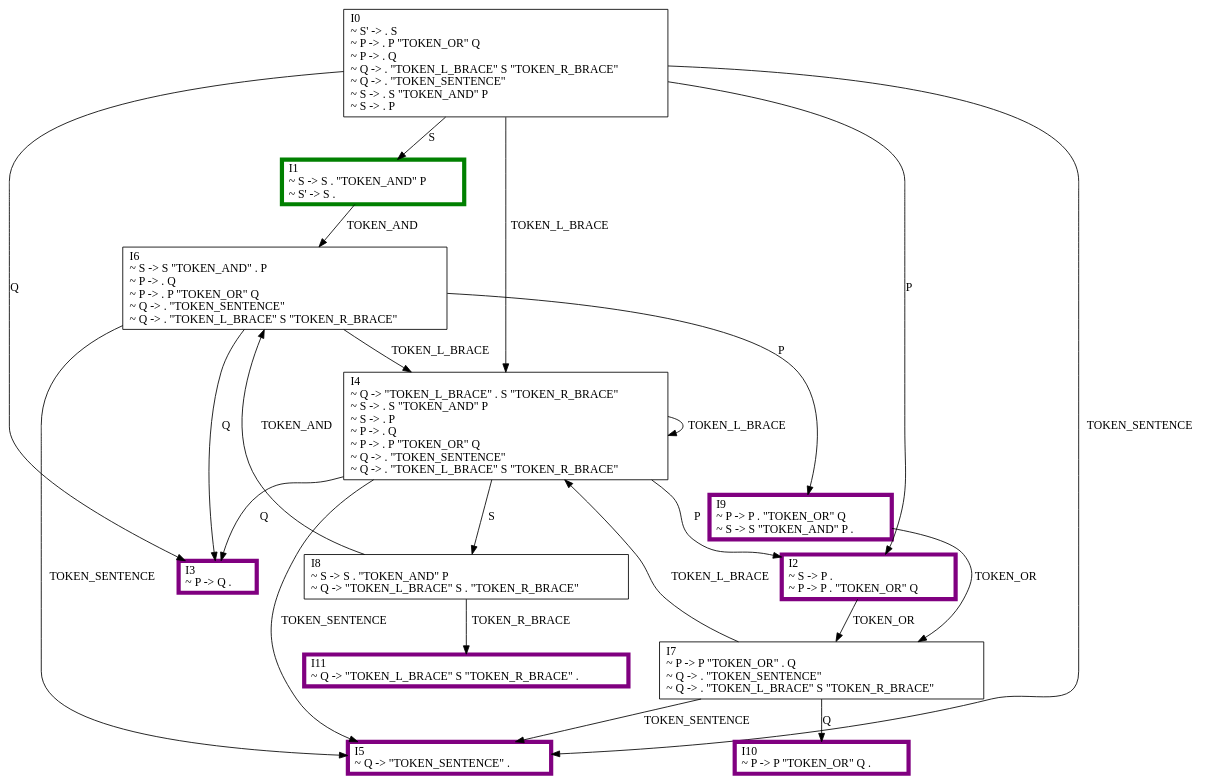
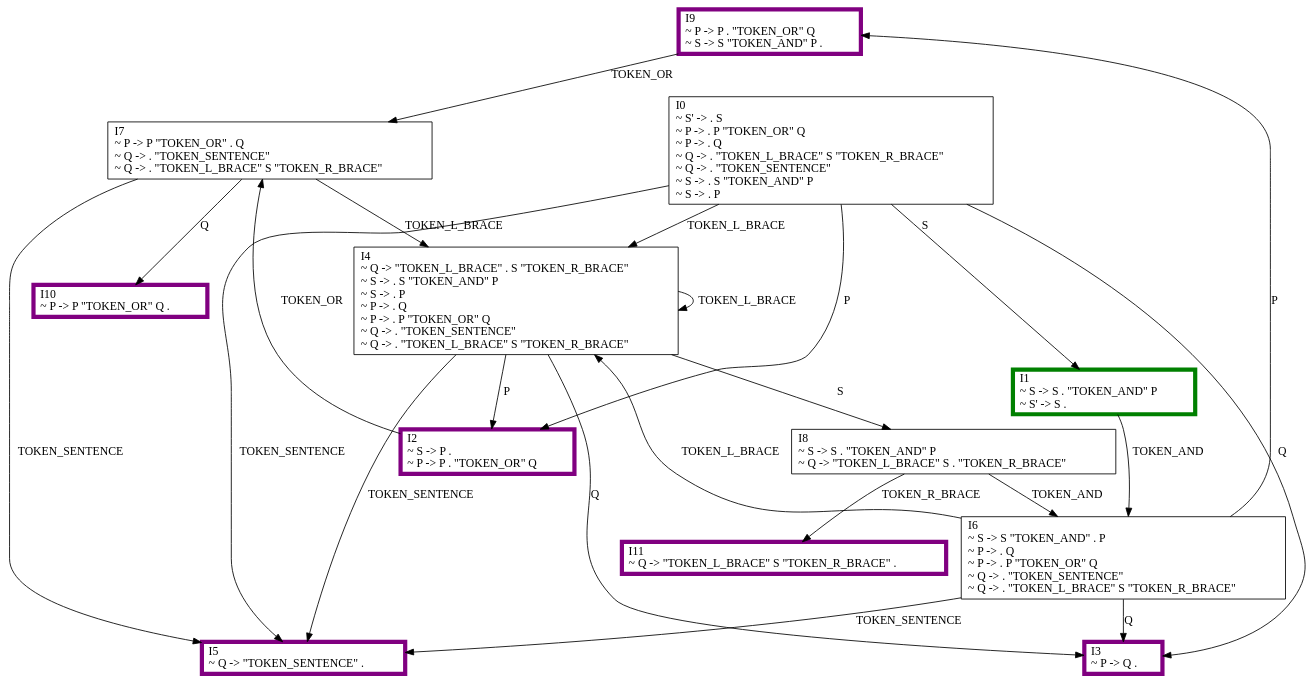
Before and after one commit to MarchMol/syntax_analyzer: the diagram in graph/slr.dot, drawn with Graphviz. The commit also changed 4 other files, not shown here.

```diff
--- a/graph/slr.dot
+++ b/graph/slr.dot
@@ -1,36 +1,36 @@
 digraph {
-    0 [ label = "I6\l~ S -> S \"TOKEN_AND\" . P \l~ P -> . Q \l~ P -> . P \"TOKEN_OR\" Q \l~ Q -> . \"TOKEN_SENTENCE\" \l~ Q -> . \"TOKEN_L_BRACE\" S \"TOKEN_R_BRACE\" \l" shape=box]
+    0 [ label = "I9\l~ P -> P . \"TOKEN_OR\" Q \l~ S -> S \"TOKEN_AND\" P . \l" shape=box, color=purple, penwidth=5]
     1 [ label = "I8\l~ S -> S . \"TOKEN_AND\" P \l~ Q -> \"TOKEN_L_BRACE\" S . \"TOKEN_R_BRACE\" \l" shape=box]
-    2 [ label = "I0\l~ S' -> . S \l~ P -> . P \"TOKEN_OR\" Q \l~ P -> . Q \l~ Q -> . \"TOKEN_L_BRACE\" S \"TOKEN_R_BRACE\" \l~ Q -> . \"TOKEN_SENTENCE\" \l~ S -> . S \"TOKEN_AND\" P \l~ S -> . P \l" shape=box]
-    3 [ label = "I4\l~ Q -> \"TOKEN_L_BRACE\" . S \"TOKEN_R_BRACE\" \l~ S -> . S \"TOKEN_AND\" P \l~ S -> . P \l~ P -> . Q \l~ P -> . P \"TOKEN_OR\" Q \l~ Q -> . \"TOKEN_SENTENCE\" \l~ Q -> . \"TOKEN_L_BRACE\" S \"TOKEN_R_BRACE\" \l" shape=box]
+    2 [ label = "I7\l~ P -> P \"TOKEN_OR\" . Q \l~ Q -> . \"TOKEN_SENTENCE\" \l~ Q -> . \"TOKEN_L_BRACE\" S \"TOKEN_R_BRACE\" \l" shape=box]
+    3 [ label = "I6\l~ S -> S \"TOKEN_AND\" . P \l~ P -> . Q \l~ P -> . P \"TOKEN_OR\" Q \l~ Q -> . \"TOKEN_SENTENCE\" \l~ Q -> . \"TOKEN_L_BRACE\" S \"TOKEN_R_BRACE\" \l" shape=box]
     4 [ label = "I2\l~ S -> P . \l~ P -> P . \"TOKEN_OR\" Q \l" shape=box, color=purple, penwidth=5]
-    5 [ label = "I9\l~ P -> P . \"TOKEN_OR\" Q \l~ S -> S \"TOKEN_AND\" P . \l" shape=box, color=purple, penwidth=5]
-    6 [ label = "I7\l~ P -> P \"TOKEN_OR\" . Q \l~ Q -> . \"TOKEN_SENTENCE\" \l~ Q -> . \"TOKEN_L_BRACE\" S \"TOKEN_R_BRACE\" \l" shape=box]
-    7 [ label = "I1\l~ S -> S . \"TOKEN_AND\" P \l~ S' -> S . \l" shape=box, color=green, penwidth=5]
-    8 [ label = "I3\l~ P -> Q . \l" shape=box, color=purple, penwidth=5]
-    9 [ label = "I5\l~ Q -> \"TOKEN_SENTENCE\" . \l" shape=box, color=purple, penwidth=5]
-    10 [ label = "I11\l~ Q -> \"TOKEN_L_BRACE\" S \"TOKEN_R_BRACE\" . \l" shape=box, color=purple, penwidth=5]
-    11 [ label = "I10\l~ P -> P \"TOKEN_OR\" Q . \l" shape=box, color=purple, penwidth=5]
-    0 -> 3 [ label = "TOKEN_L_BRACE" ]
-    0 -> 8 [ label = "Q" ]
-    0 -> 5 [ label = "P" ]
-    0 -> 9 [ label = "TOKEN_SENTENCE" ]
-    1 -> 10 [ label = "TOKEN_R_BRACE" ]
-    1 -> 0 [ label = "TOKEN_AND" ]
-    2 -> 3 [ label = "TOKEN_L_BRACE" ]
-    2 -> 4 [ label = "P" ]
-    2 -> 8 [ label = "Q" ]
-    2 -> 9 [ label = "TOKEN_SENTENCE" ]
-    2 -> 7 [ label = "S" ]
-    3 -> 1 [ label = "S" ]
-    3 -> 8 [ label = "Q" ]
-    3 -> 4 [ label = "P" ]
-    3 -> 9 [ label = "TOKEN_SENTENCE" ]
-    3 -> 3 [ label = "TOKEN_L_BRACE" ]
-    4 -> 6 [ label = "TOKEN_OR" ]
-    5 -> 6 [ label = "TOKEN_OR" ]
-    6 -> 3 [ label = "TOKEN_L_BRACE" ]
-    6 -> 11 [ label = "Q" ]
-    6 -> 9 [ label = "TOKEN_SENTENCE" ]
-    7 -> 0 [ label = "TOKEN_AND" ]
+    5 [ label = "I4\l~ Q -> \"TOKEN_L_BRACE\" . S \"TOKEN_R_BRACE\" \l~ S -> . S \"TOKEN_AND\" P \l~ S -> . P \l~ P -> . Q \l~ P -> . P \"TOKEN_OR\" Q \l~ Q -> . \"TOKEN_SENTENCE\" \l~ Q -> . \"TOKEN_L_BRACE\" S \"TOKEN_R_BRACE\" \l" shape=box]
+    6 [ label = "I1\l~ S -> S . \"TOKEN_AND\" P \l~ S' -> S . \l" shape=box, color=green, penwidth=5]
+    7 [ label = "I0\l~ S' -> . S \l~ P -> . P \"TOKEN_OR\" Q \l~ P -> . Q \l~ Q -> . \"TOKEN_L_BRACE\" S \"TOKEN_R_BRACE\" \l~ Q -> . \"TOKEN_SENTENCE\" \l~ S -> . S \"TOKEN_AND\" P \l~ S -> . P \l" shape=box]
+    8 [ label = "I11\l~ Q -> \"TOKEN_L_BRACE\" S \"TOKEN_R_BRACE\" . \l" shape=box, color=purple, penwidth=5]
+    9 [ label = "I10\l~ P -> P \"TOKEN_OR\" Q . \l" shape=box, color=purple, penwidth=5]
+    10 [ label = "I5\l~ Q -> \"TOKEN_SENTENCE\" . \l" shape=box, color=purple, penwidth=5]
+    11 [ label = "I3\l~ P -> Q . \l" shape=box, color=purple, penwidth=5]
+    0 -> 2 [ label = "TOKEN_OR" ]
+    1 -> 8 [ label = "TOKEN_R_BRACE" ]
+    1 -> 3 [ label = "TOKEN_AND" ]
+    2 -> 5 [ label = "TOKEN_L_BRACE" ]
+    2 -> 9 [ label = "Q" ]
+    2 -> 10 [ label = "TOKEN_SENTENCE" ]
+    3 -> 5 [ label = "TOKEN_L_BRACE" ]
+    3 -> 10 [ label = "TOKEN_SENTENCE" ]
+    3 -> 0 [ label = "P" ]
+    3 -> 11 [ label = "Q" ]
+    4 -> 2 [ label = "TOKEN_OR" ]
+    5 -> 10 [ label = "TOKEN_SENTENCE" ]
+    5 -> 5 [ label = "TOKEN_L_BRACE" ]
+    5 -> 4 [ label = "P" ]
+    5 -> 1 [ label = "S" ]
+    5 -> 11 [ label = "Q" ]
+    6 -> 3 [ label = "TOKEN_AND" ]
+    7 -> 11 [ label = "Q" ]
+    7 -> 6 [ label = "S" ]
+    7 -> 10 [ label = "TOKEN_SENTENCE" ]
+    7 -> 4 [ label = "P" ]
+    7 -> 5 [ label = "TOKEN_L_BRACE" ]
 }
```
